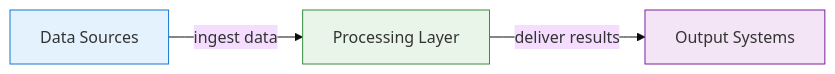
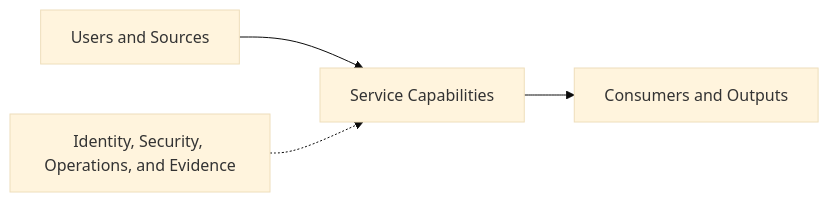
One commit to wagov-dtt/architecture-decision-records changed the diagram in templates/reference-architecture-template.md. Above: the diagram before and after it, drawn with Mermaid (base theme). The commit also changed other lines of this file and 35 other files, not shown here.

First line of the commit message:
Modernise cyber protection architecture guidance (#29)

````diff
--- a/templates/reference-architecture-template.md
+++ b/templates/reference-architecture-template.md
@@ -19,13 +59,10 @@
 ```mermaid
 flowchart LR
-    source[Data Sources]
-    process[Processing Layer]
-    output[Output Systems]
+    source[Users and Sources]
+    service[Service Capabilities]
+    output[Consumers and Outputs]
+    control[Identity, Security, Operations, and Evidence]
 
-    source -->|ingest data| process
-    process -->|deliver results| output
-
-    style source fill:#e3f2fd,stroke:#1976d2
-    style process fill:#e8f5e8,stroke:#388e3c
-    style output fill:#f3e5f5,stroke:#7b1fa2
+    source --> service --> output
+    control -.-> service
 ```
````
